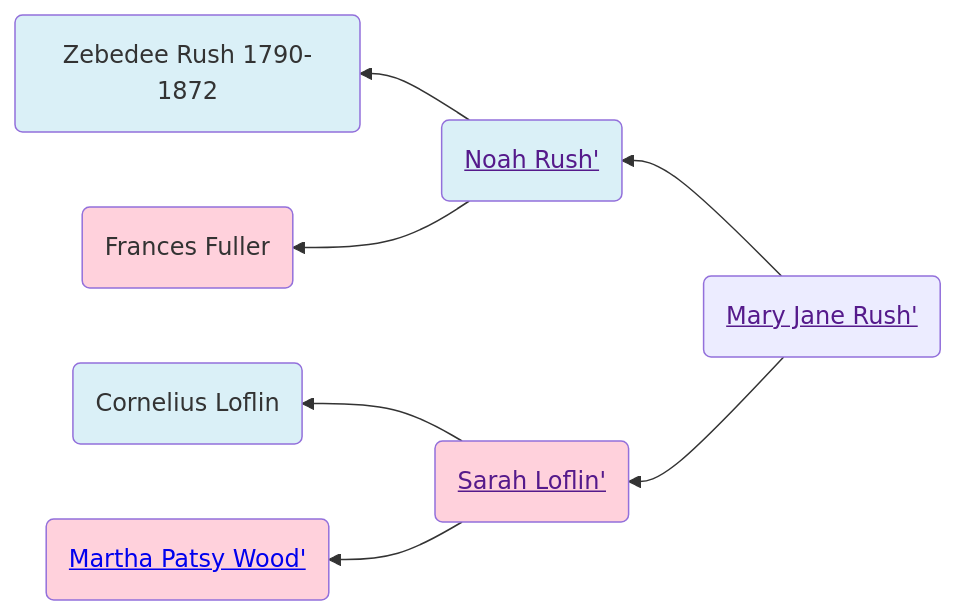
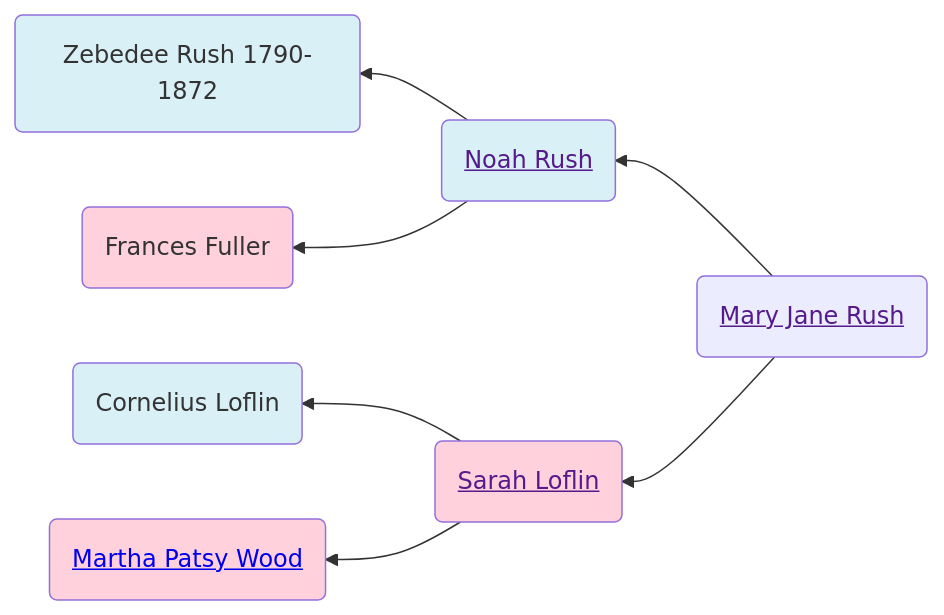
Before and after one commit to neelsmith/avocational: the diagram in familyhistory/sources/people/Rush-line/Mary_Jane_Rush.qmd, drawn with Mermaid. The commit also changed 96 other files, not shown here.

````diff
--- a/familyhistory/sources/people/Rush-line/Mary_Jane_Rush.qmd
+++ b/familyhistory/sources/people/Rush-line/Mary_Jane_Rush.qmd
@@ -19,20 +19,20 @@
 ```{mermaid}
 graph RL
 %% RL ancestor diagram
-Mary_Jane_Rush(<a href=''>Mary Jane Rush'</>) -->  Noah_Rush(<a href='./Noah_Rush.html'>Noah Rush'</>)
-Noah_Rush(<a href=''>Noah Rush'</>) -->  Zebedee_Rush_1790-1872(Zebedee Rush 1790-1872)
+Mary_Jane_Rush(<a href=''>Mary Jane Rush</a>) -->  Noah_Rush(<a href='./Noah_Rush.html'>Noah Rush</a>)
+Noah_Rush(<a href=''>Noah Rush</a>) -->  Zebedee_Rush_1790-1872(Zebedee Rush 1790-1872)
 class Zebedee_Rush_1790-1872 father
-Noah_Rush(<a href=''>Noah Rush'</>)  --> Frances_Fuller(Frances Fuller)
+Noah_Rush(<a href=''>Noah Rush</a>)  --> Frances_Fuller(Frances Fuller)
 class Frances_Fuller mother
 class Noah_Rush father
-Mary_Jane_Rush(<a href=''>Mary Jane Rush'</>)  --> Sarah_Loflin(<a href='./../Randolph_county_lines/Loflin/Sarah_Loflin.html'>Sarah Loflin'</>)
-Sarah_Loflin(<a href=''>Sarah Loflin'</>) -->  Cornelius_Loflin(Cornelius Loflin)
+Mary_Jane_Rush(<a href=''>Mary Jane Rush</a>)  --> Sarah_Loflin(<a href='./../Randolph_county_lines/Loflin/Sarah_Loflin.html'>Sarah Loflin</a>)
+Sarah_Loflin(<a href=''>Sarah Loflin</a>) -->  Cornelius_Loflin(Cornelius Loflin)
 class Cornelius_Loflin father
-Sarah_Loflin(<a href=''>Sarah Loflin'</>)  --> Martha_Patsy_Wood(<a href='./../Martha_Patsy_Wood.html'>Martha Patsy Wood'</>)
+Sarah_Loflin(<a href=''>Sarah Loflin</a>)  --> Martha_Patsy_Wood(<a href='./../Martha_Patsy_Wood.html'>Martha Patsy Wood</a>)
 class Martha_Patsy_Wood mother
 class Sarah_Loflin mother
 classDef mother fill:#ffd1dc
 classDef father fill:#daf0f7  
 classDef marriage fill:#ffffff
 
 ```
````
